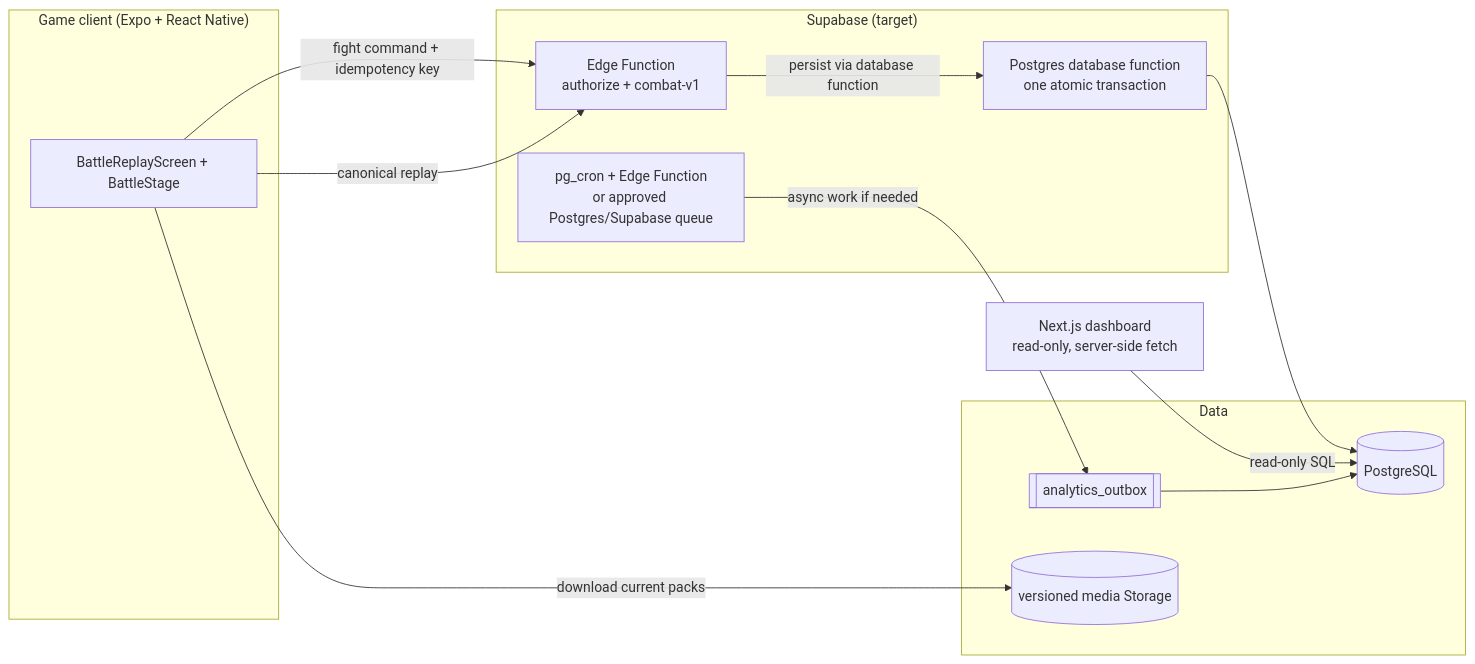
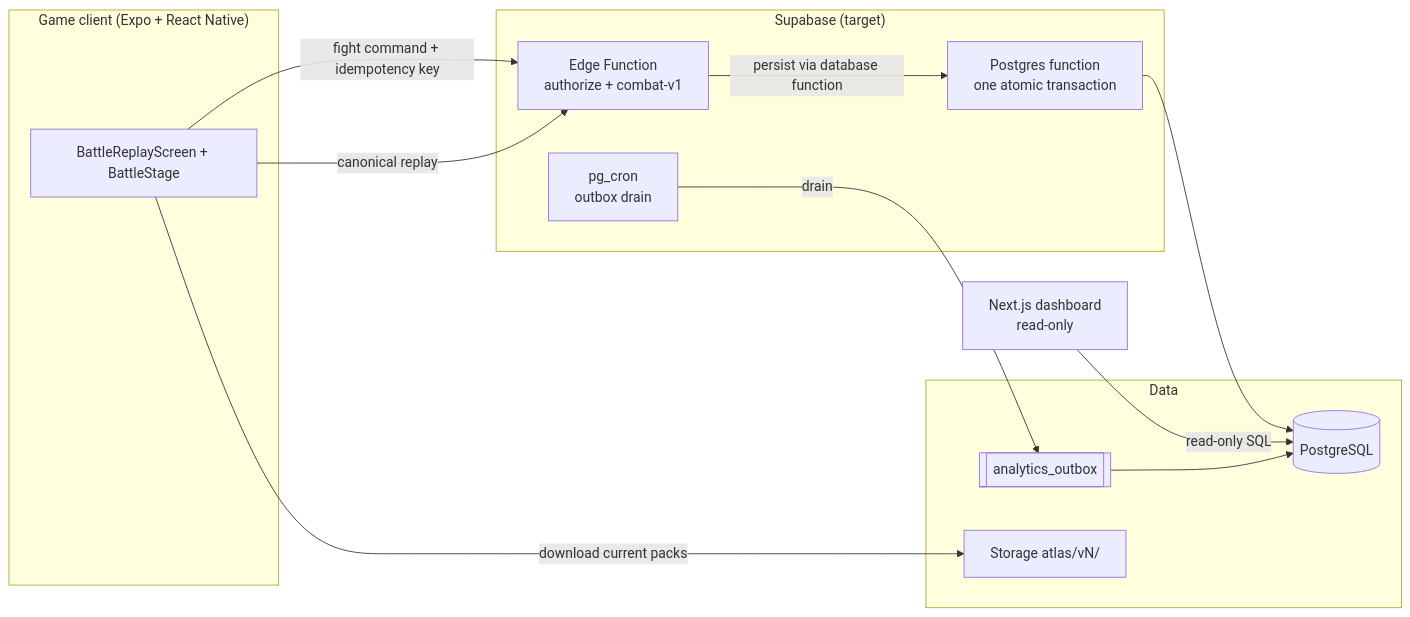
The first of 2 diagrams in docs/architecture/overview.md (gassius/botore), drawn with Mermaid before and after one commit. The commit also changed other lines of this file and 8 other files, not shown here.

````diff
--- a/docs/architecture/overview.md
+++ b/docs/architecture/overview.md
@@ -20,24 +41,24 @@
 ```mermaid
 flowchart LR
     subgraph client["Game client (Expo + React Native)"]
         UI[BattleReplayScreen + BattleStage]
     end
     subgraph server["Supabase (target)"]
         EF[Edge Function<br/>authorize + combat-v1]
-        DBFN[Postgres database function<br/>one atomic transaction]
-        CRON[pg_cron + Edge Function<br/>or approved Postgres/Supabase queue]
+        DBFN[Postgres function<br/>one atomic transaction]
+        CRON[pg_cron<br/>outbox drain]
     end
     subgraph data["Data"]
         PG[(PostgreSQL)]
-        ST[(versioned media Storage)]
+        ST["Storage atlas/vN/"]
         OUTBOX[[analytics_outbox]]
     end
-    DASH[Next.js dashboard<br/>read-only, server-side fetch]
+    DASH[Next.js dashboard<br/>read-only]
 
     UI -- "fight command + idempotency key" --> EF
     UI -- "canonical replay" --> EF
     EF -- "persist via database function" --> DBFN --> PG
-    CRON -- "async work if needed" --> OUTBOX --> PG
+    CRON -- "drain" --> OUTBOX --> PG
     UI -- "download current packs" --> ST
     DASH -- "read-only SQL" --> PG
 ```
````
